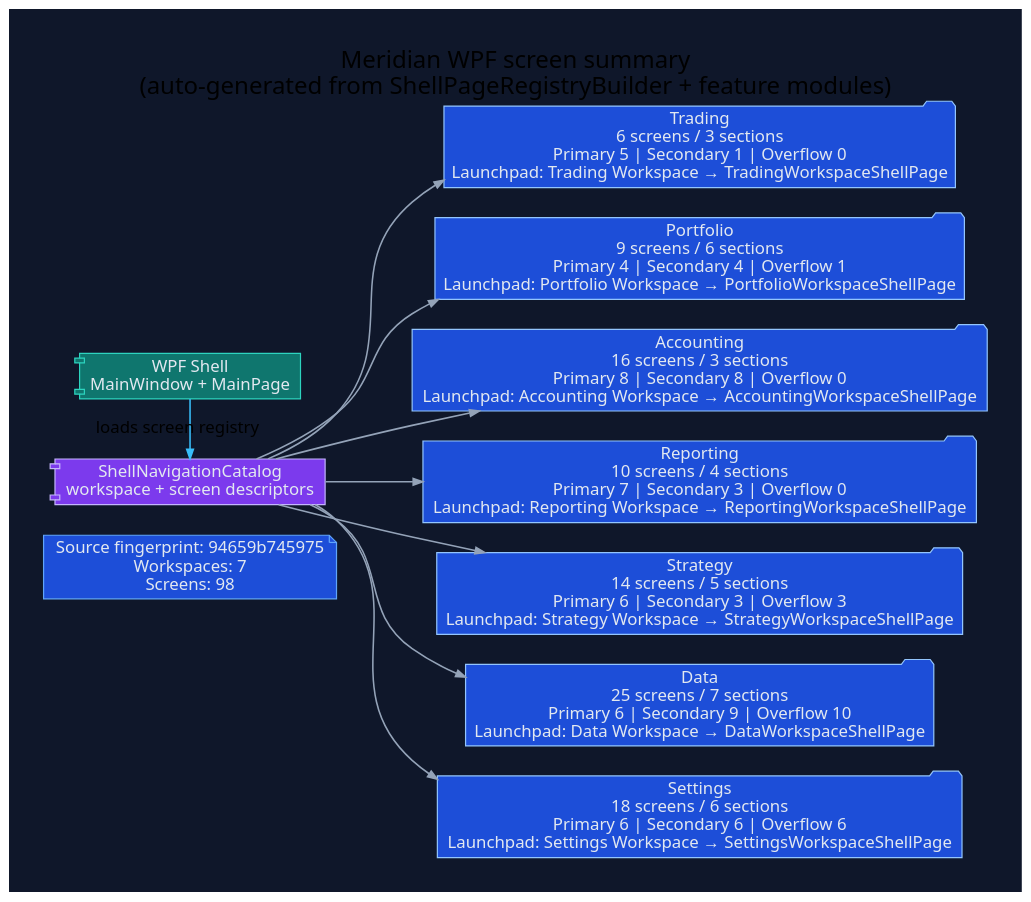
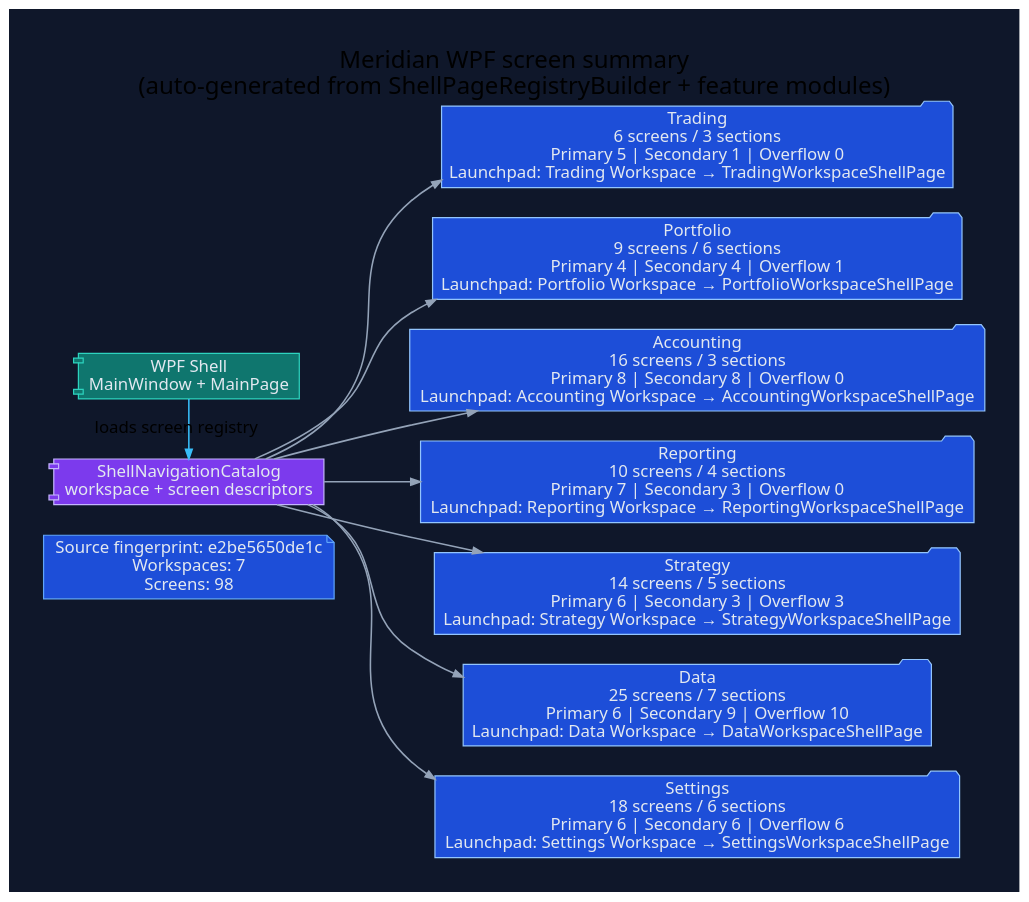
The diagram in docs/diagrams/ui/ui-wpf-screen-summary.dot (rodoHasArrived/Meridian-main), drawn with Graphviz before and after one commit. The commit also changed 48 other files, not shown here.

```diff
--- a/docs/diagrams/ui/ui-wpf-screen-summary.dot
+++ b/docs/diagrams/ui/ui-wpf-screen-summary.dot
@@ -1,42 +1,42 @@
 // -----------------------------------------------------------------------------
 // <auto-generated>
 // Generated by scripts/generate-diagrams.mjs.
 // Do not edit this file directly; update the WPF source files instead.
 // -----------------------------------------------------------------------------
 digraph WpfScreenSummary {
   graph [
     rankdir=LR,
     labelloc=t,
     label="Meridian WPF screen summary\n(auto-generated from ShellPageRegistryBuilder + feature modules)",
     fontname="Segoe UI",
     fontsize=20,
     pad=0.4,
     nodesep=0.35,
     ranksep=0.85,
     bgcolor="#0f172a"
   ];
   node [fontname="Segoe UI", shape=box, style="rounded,filled", color="#475569", fontcolor="#e2e8f0", fillcolor="#1e293b"];
   edge [fontname="Segoe UI", color="#94a3b8", penwidth=1.3, arrowsize=0.8];
 
-  generated [shape=note, fillcolor="#1d4ed8", color="#60a5fa", label="Source fingerprint: 94659b745975\nWorkspaces: 7\nScreens: 98"];
+  generated [shape=note, fillcolor="#1d4ed8", color="#60a5fa", label="Source fingerprint: e2be5650de1c\nWorkspaces: 7\nScreens: 98"];
   shell [shape=component, fillcolor="#0f766e", color="#2dd4bf", label="WPF Shell\nMainWindow + MainPage"];
   catalog [shape=component, fillcolor="#7c3aed", color="#c4b5fd", label="ShellNavigationCatalog\nworkspace + screen descriptors"];
   shell -> catalog [label="loads screen registry", color="#38bdf8"];
 
   workspace_1 [shape=folder, fillcolor="#1d4ed8", color="#93c5fd", label="Trading\n6 screens / 3 sections\nPrimary 5 | Secondary 1 | Overflow 0\nLaunchpad: Trading Workspace → TradingWorkspaceShellPage"];
   catalog -> workspace_1;
   workspace_2 [shape=folder, fillcolor="#1d4ed8", color="#93c5fd", label="Portfolio\n9 screens / 6 sections\nPrimary 4 | Secondary 4 | Overflow 1\nLaunchpad: Portfolio Workspace → PortfolioWorkspaceShellPage"];
   catalog -> workspace_2;
   workspace_3 [shape=folder, fillcolor="#1d4ed8", color="#93c5fd", label="Accounting\n16 screens / 3 sections\nPrimary 8 | Secondary 8 | Overflow 0\nLaunchpad: Accounting Workspace → AccountingWorkspaceShellPage"];
   catalog -> workspace_3;
   workspace_4 [shape=folder, fillcolor="#1d4ed8", color="#93c5fd", label="Reporting\n10 screens / 4 sections\nPrimary 7 | Secondary 3 | Overflow 0\nLaunchpad: Reporting Workspace → ReportingWorkspaceShellPage"];
   catalog -> workspace_4;
   workspace_5 [shape=folder, fillcolor="#1d4ed8", color="#93c5fd", label="Strategy\n14 screens / 5 sections\nPrimary 6 | Secondary 3 | Overflow 3\nLaunchpad: Strategy Workspace → StrategyWorkspaceShellPage"];
   catalog -> workspace_5;
   workspace_6 [shape=folder, fillcolor="#1d4ed8", color="#93c5fd", label="Data\n25 screens / 7 sections\nPrimary 6 | Secondary 9 | Overflow 10\nLaunchpad: Data Workspace → DataWorkspaceShellPage"];
   catalog -> workspace_6;
   workspace_7 [shape=folder, fillcolor="#1d4ed8", color="#93c5fd", label="Settings\n18 screens / 6 sections\nPrimary 6 | Secondary 6 | Overflow 6\nLaunchpad: Settings Workspace → SettingsWorkspaceShellPage"];
   catalog -> workspace_7;
 
   { rank=min; generated; shell; catalog; }
 }
```
